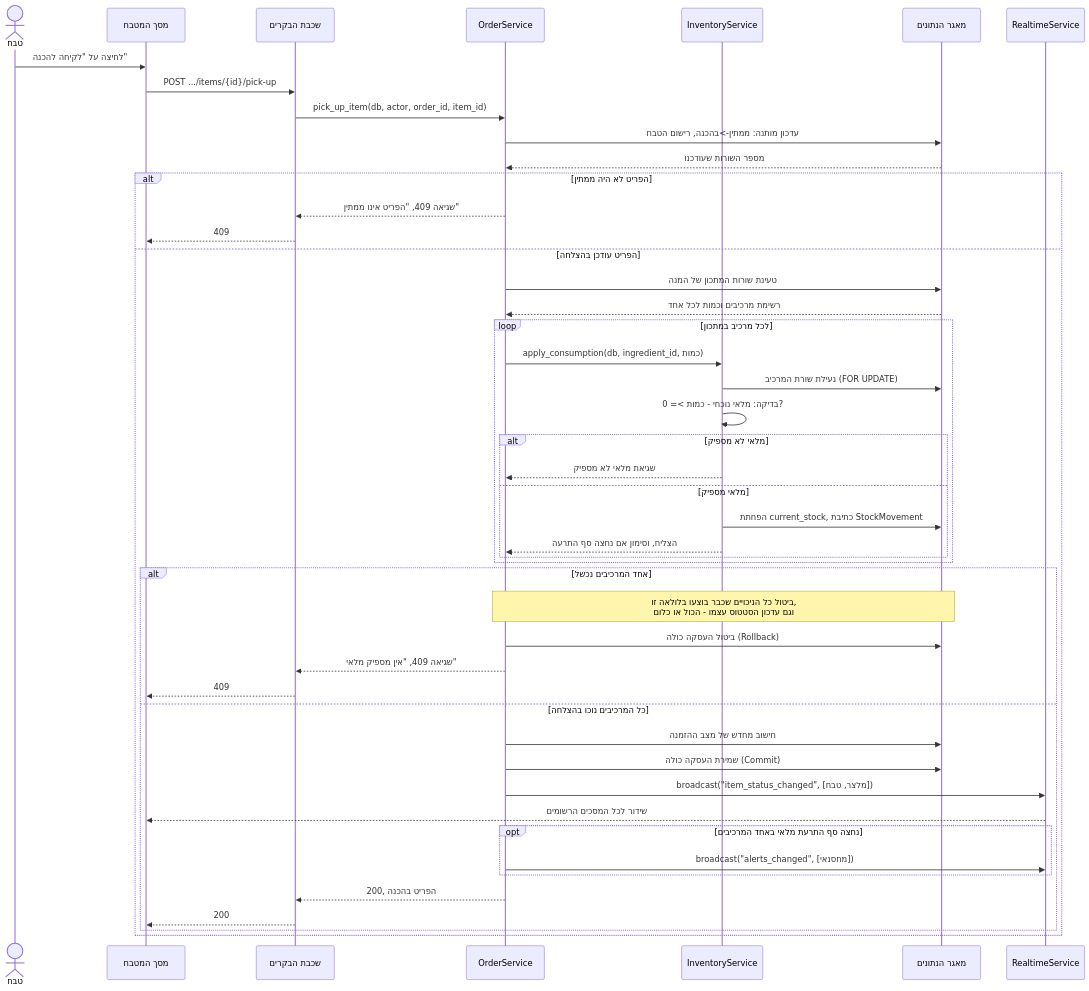
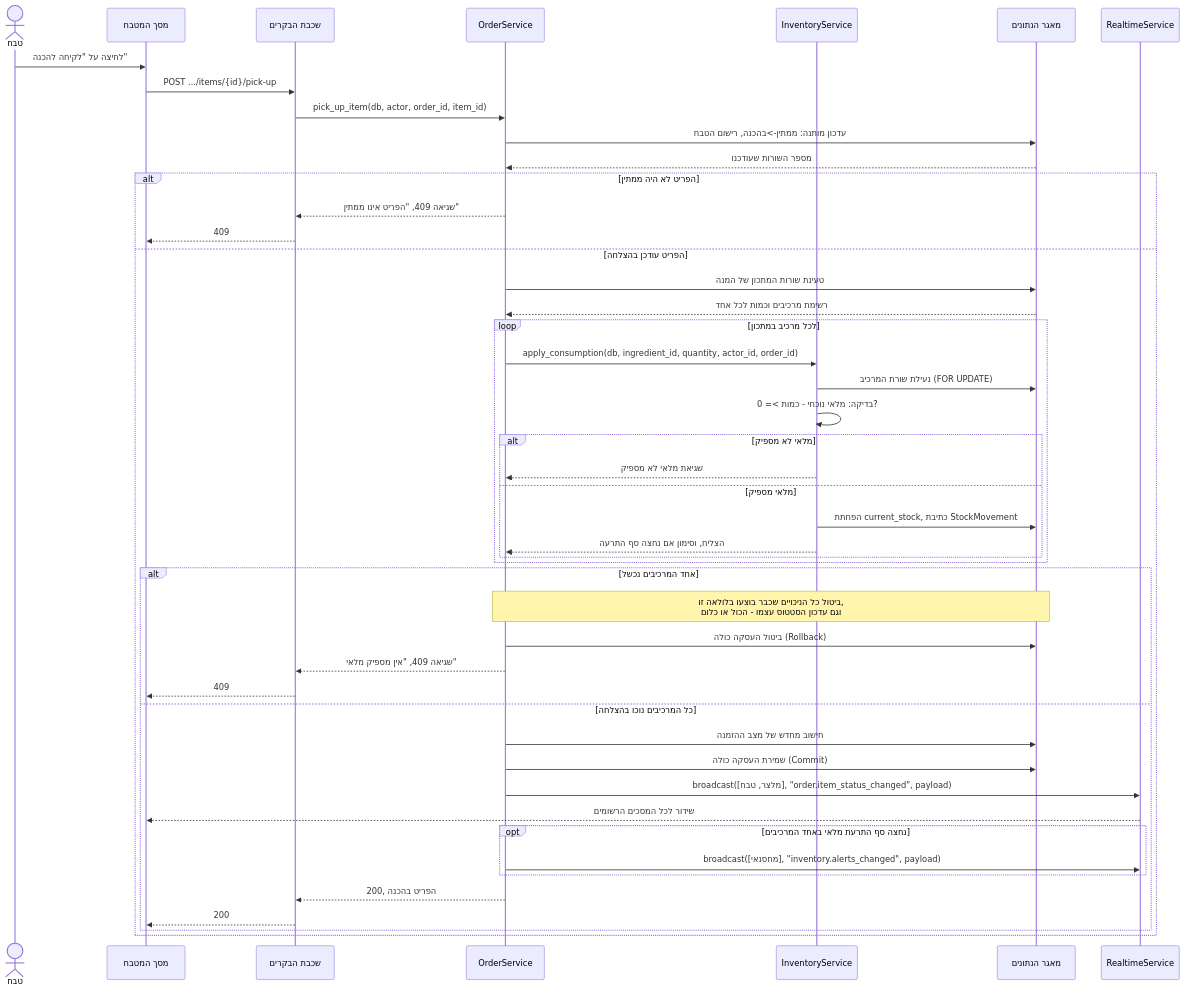
The diagram in מסמכים/הגשה/diagrams/sequence-pickup.md (RonZaretsky/Restaurant-Kitchen-Management-System), drawn with Mermaid before and after one commit. The commit also changed other lines of this file and 18 other files, not shown here.

````diff
--- a/מסמכים/הגשה/diagrams/sequence-pickup.md
+++ b/מסמכים/הגשה/diagrams/sequence-pickup.md
@@ -3,53 +3,53 @@
 ```mermaid
 sequenceDiagram
     actor Cook as טבח
     participant UI as מסך המטבח
     participant API as שכבת הבקרים
     participant OS as OrderService
     participant IS as InventoryService
     participant DB as מאגר הנתונים
     participant RT as RealtimeService
 
     Cook->>UI: לחיצה על "לקיחה להכנה"
     UI->>API: POST .../items/{id}/pick-up
     API->>OS: pick_up_item(db, actor, order_id, item_id)
     OS->>DB: עדכון מותנה: ממתין->בהכנה, רישום הטבח
     DB-->>OS: מספר השורות שעודכנו
 
     alt הפריט לא היה ממתין
         OS-->>API: שגיאה 409, "הפריט אינו ממתין"
         API-->>UI: 409
     else הפריט עודכן בהצלחה
         OS->>DB: טעינת שורות המתכון של המנה
         DB-->>OS: רשימת מרכיבים וכמות לכל אחד
 
         loop לכל מרכיב במתכון
-            OS->>IS: apply_consumption(db, ingredient_id, כמות)
+            OS->>IS: apply_consumption(db, ingredient_id, quantity, actor_id, order_id)
             IS->>DB: נעילת שורת המרכיב (FOR UPDATE)
             IS->>IS: בדיקה: מלאי נוכחי - כמות >= 0?
             alt מלאי לא מספיק
                 IS-->>OS: שגיאת מלאי לא מספיק
             else מלאי מספיק
                 IS->>DB: הפחתת current_stock, כתיבת StockMovement
                 IS-->>OS: הצליח, וסימון אם נחצה סף התרעה
             end
         end
 
         alt אחד המרכיבים נכשל
             Note over OS,DB: ביטול כל הניכויים שכבר בוצעו בלולאה זו,<br/>וגם עדכון הסטטוס עצמו - הכול או כלום
             OS->>DB: ביטול העסקה כולה (Rollback)
             OS-->>API: שגיאה 409, "אין מספיק מלאי"
             API-->>UI: 409
         else כל המרכיבים נוכו בהצלחה
             OS->>DB: חישוב מחדש של מצב ההזמנה
             OS->>DB: שמירת העסקה כולה (Commit)
-            OS->>RT: broadcast("item_status_changed", [מלצר, טבח])
+            OS->>RT: broadcast([מלצר, טבח], "order.item_status_changed", payload)
             RT-->>UI: שידור לכל המסכים הרשומים
             opt נחצה סף התרעת מלאי באחד המרכיבים
-                OS->>RT: broadcast("alerts_changed", [מחסנאי])
+                OS->>RT: broadcast([מחסנאי], "inventory.alerts_changed", payload)
             end
             OS-->>API: 200, הפריט בהכנה
             API-->>UI: 200
         end
     end
 ```
````
